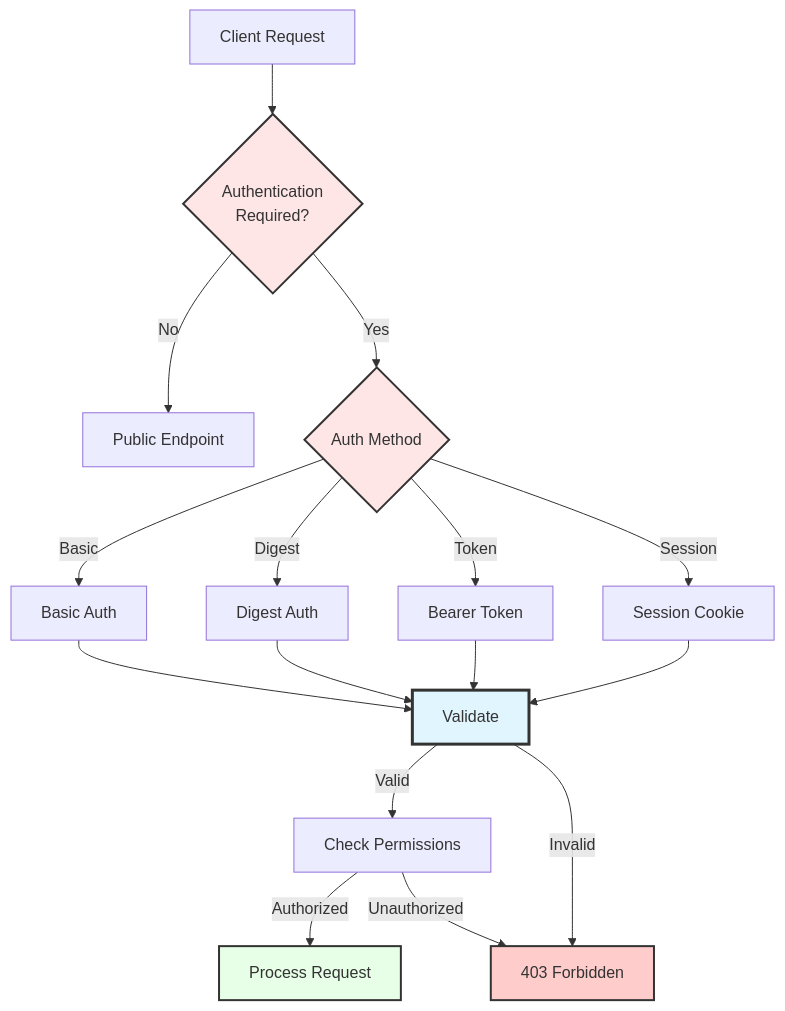
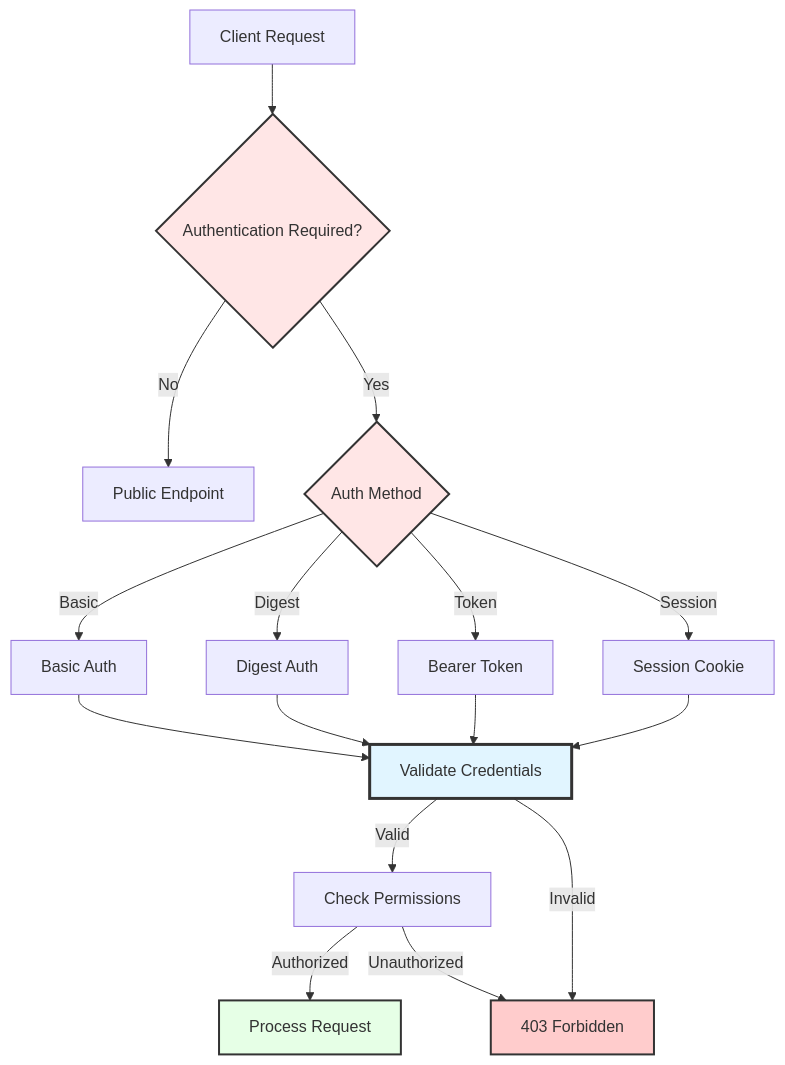
One commit to JayeshKakkad-Rotoclear/Rotoclear-C-Pro-Docs changed the diagram in docs/security/authentication.md. Above: the diagram before and after it, drawn with Mermaid. The commit also changed 12 other files, not shown here.

Commit message:
Fix all Mermaid diagrams with proper complete labels - Fixed text bundling issues by using proper full labels - Removed overly abbreviated text that caused code formatting - All node labels now properly display without being truncated - Maintained readability while ensuring proper Mermaid parsing

````diff
--- a/docs/security/authentication.md
+++ b/docs/security/authentication.md
@@ -9,28 +9,28 @@
 ```mermaid
 graph TB
-    Client[Client Request] --> Auth{Authentication\nRequired?}
+    Client[Client Request] --> Auth{Authentication Required?}
     Auth -->|No| Public[Public Endpoint]
     Auth -->|Yes| Method{Auth Method}
     
     Method -->|Basic| BasicAuth[Basic Auth]
     Method -->|Digest| DigestAuth[Digest Auth]
     Method -->|Token| TokenAuth[Bearer Token]
     Method -->|Session| SessionAuth[Session Cookie]
     
-    BasicAuth --> Validate[Validate]
+    BasicAuth --> Validate[Validate Credentials]
     DigestAuth --> Validate
     TokenAuth --> Validate
     SessionAuth --> Validate
     
     Validate -->|Valid| CheckPerm[Check Permissions]
     Validate -->|Invalid| Deny[403 Forbidden]
     
     CheckPerm -->|Authorized| Allow[Process Request]
     CheckPerm -->|Unauthorized| Deny
     
     style Auth fill:#ffe6e6,stroke:#333,stroke-width:2px
     style Method fill:#ffe6e6,stroke:#333,stroke-width:2px
     style Validate fill:#e1f5ff,stroke:#333,stroke-width:3px
     style Allow fill:#e6ffe6,stroke:#333,stroke-width:2px
     style Deny fill:#ffcccc,stroke:#333,stroke-width:2px
 ```
````
